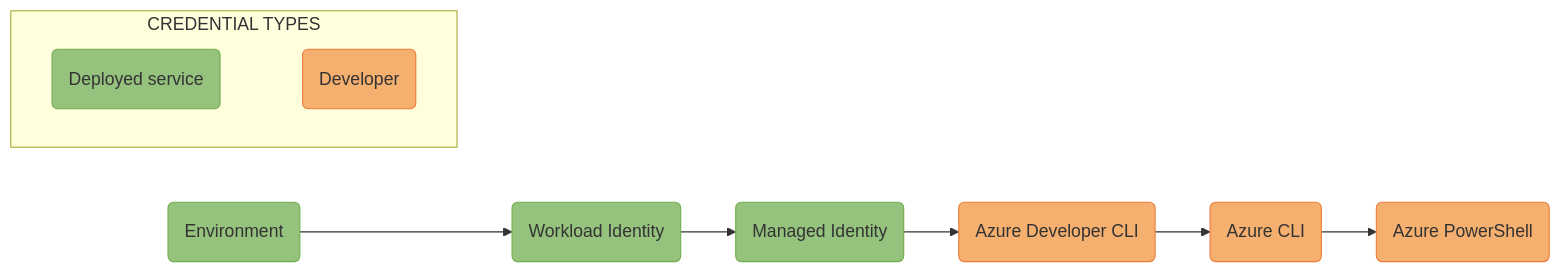
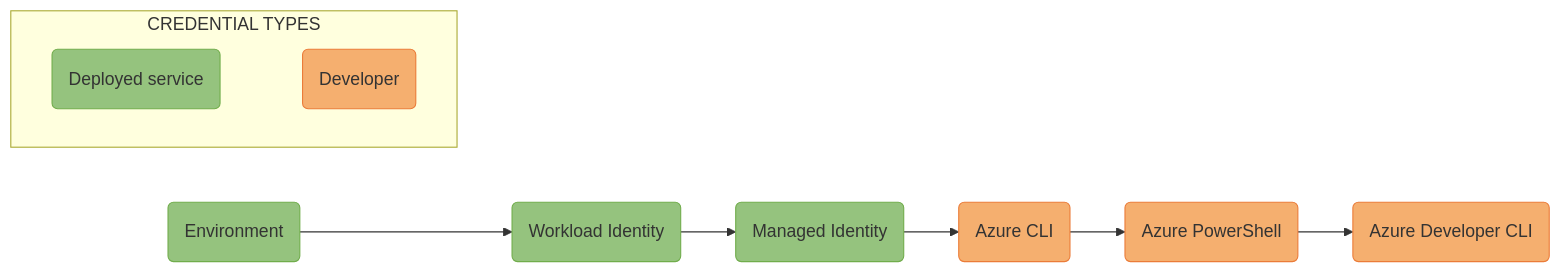
One commit to Azure/azure-sdk-for-js changed the diagram in sdk/identity/identity/images/mermaidjs/DefaultAzureCredentialAuthFlow.md. Above: the diagram before and after it, drawn with Mermaid. The commit also changed 2 other files, not shown here.

Commit message:
update mermaid image

````diff
--- a/sdk/identity/identity/images/mermaidjs/DefaultAzureCredentialAuthFlow.md
+++ b/sdk/identity/identity/images/mermaidjs/DefaultAzureCredentialAuthFlow.md
@@ -1,27 +1,27 @@
 ```mermaid
 %% STEPS TO GENERATE IMAGE
 %% =======================
 %% 1. Install mermaid CLI (see https://github.com/mermaid-js/mermaid-cli/blob/master/README.md)
 %%    v10.0.2 is known good for our process. npm install -g @mermaid-js/mermaid-cli@10.0.2
 %% 2. Run command: mmdc -i DefaultAzureCredentialAuthFlow.md -o DefaultAzureCredentialAuthFlow.svg
 
 flowchart LR;
-    A(Environment):::deployed --> B(Workload Identity):::deployed --> C(Managed Identity):::deployed --> D(Azure Developer CLI):::developer --> E(Azure CLI):::developer --> F(Azure PowerShell):::developer;
+    A(Environment):::deployed --> B(Workload Identity):::deployed --> C(Managed Identity):::deployed --> D(Azure CLI):::developer --> E(Azure PowerShell):::developer --> F(Azure Developer CLI):::developer ;
 
     subgraph CREDENTIAL TYPES;
         direction LR;
         Deployed(Deployed service):::deployed ~~~ Developer(Developer):::developer;
     end;
 
     %% Define styles for credential type boxes
     classDef deployed fill:#95C37E, stroke:#71AD4C;
     classDef developer fill:#F5AF6F, stroke:#EB7C39;
 
     %% Add API ref links to credential type boxes
     click A "https://learn.microsoft.com/javascript/api/@azure/identity/environmentcredential?view=azure-node-latest" _blank;
     click B "https://learn.microsoft.com/javascript/api/@azure/identity/workloadidentitycredential?view=azure-node-latest" _blank;
     click C "https://learn.microsoft.com/javascript/api/@azure/identity/managedidentitycredential?view=azure-node-latest" _blank;
-    click D "https://learn.microsoft.com/javascript/api/@azure/identity/azuredeveloperclicredential?view=azure-node-latest" _blank;
-    click E "https://learn.microsoft.com/javascript/api/@azure/identity/azureclicredential?view=azure-node-latest" _blank;
-    click F "https://learn.microsoft.com/javascript/api/@azure/identity/azurepowershellcredential?view=azure-node-latest" _blank;
+    click D "https://learn.microsoft.com/javascript/api/@azure/identity/azureclicredential?view=azure-node-latest" _blank;
+    click E "https://learn.microsoft.com/javascript/api/@azure/identity/azurepowershellcredential?view=azure-node-latest" _blank;
+    click F "https://learn.microsoft.com/javascript/api/@azure/identity/azuredeveloperclicredential?view=azure-node-latest" _blank;
 ```
````
